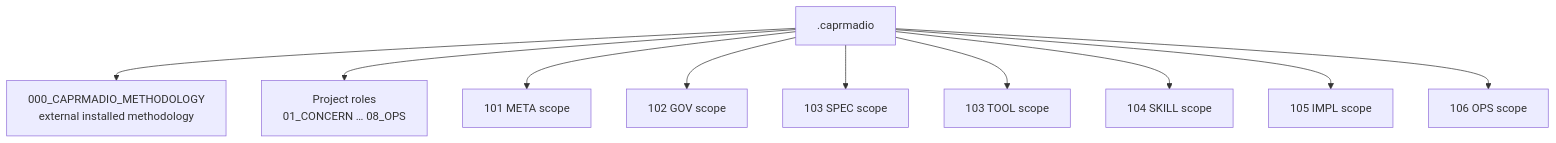
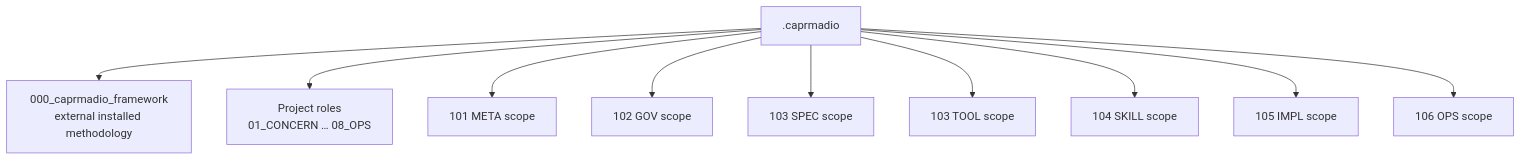
The diagram in .caprmadio/03_REQUIREMENT/CAPRMADIO-PROJECT-HUB.md (anatoly-m-maslennikov/caprmedio-graph-driven-framework), drawn with Mermaid before and after one commit. The commit also changed other lines of this file and 399 other files, not shown here.

Commit message:
CAPRMADIO-REQUIREMENT-004, CAPRMADIO-REQUIREMENT-005 | .caprmadio/000_caprmadio_framework, materialize_caprmadio_framework_links.py

````diff
--- a/.caprmadio/03_REQUIREMENT/CAPRMADIO-PROJECT-HUB.md
+++ b/.caprmadio/03_REQUIREMENT/CAPRMADIO-PROJECT-HUB.md
@@ -16,23 +16,23 @@
 ```mermaid
 flowchart TB
     ROOT[".caprmadio"]
-    METHODOLOGY["000_CAPRMADIO_METHODOLOGY<br/>external installed methodology"]
+    METHODOLOGY["000_caprmadio_framework<br/>external installed methodology"]
     PROJECT["Project roles<br/>01_CONCERN … 08_OPS"]
     META["101 META scope"]
     GOV["102 GOV scope"]
     SPEC["103 SPEC scope"]
     TOOL["103 TOOL scope"]
     SKILL["104 SKILL scope"]
     IMPL["105 IMPL scope"]
     OPS["106 OPS scope"]
 
     ROOT --> METHODOLOGY
     ROOT --> PROJECT
     ROOT --> META
     ROOT --> GOV
     ROOT --> SPEC
     ROOT --> TOOL
     ROOT --> SKILL
     ROOT --> IMPL
     ROOT --> OPS
 ```
````
